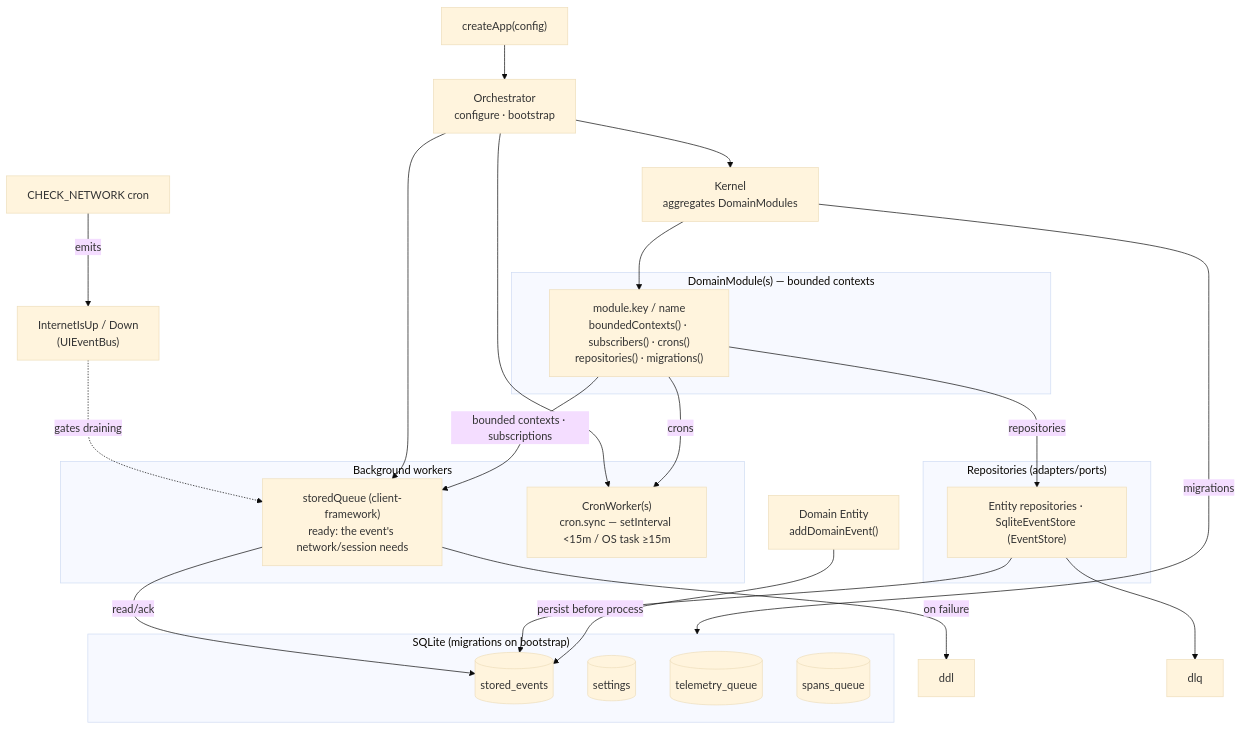
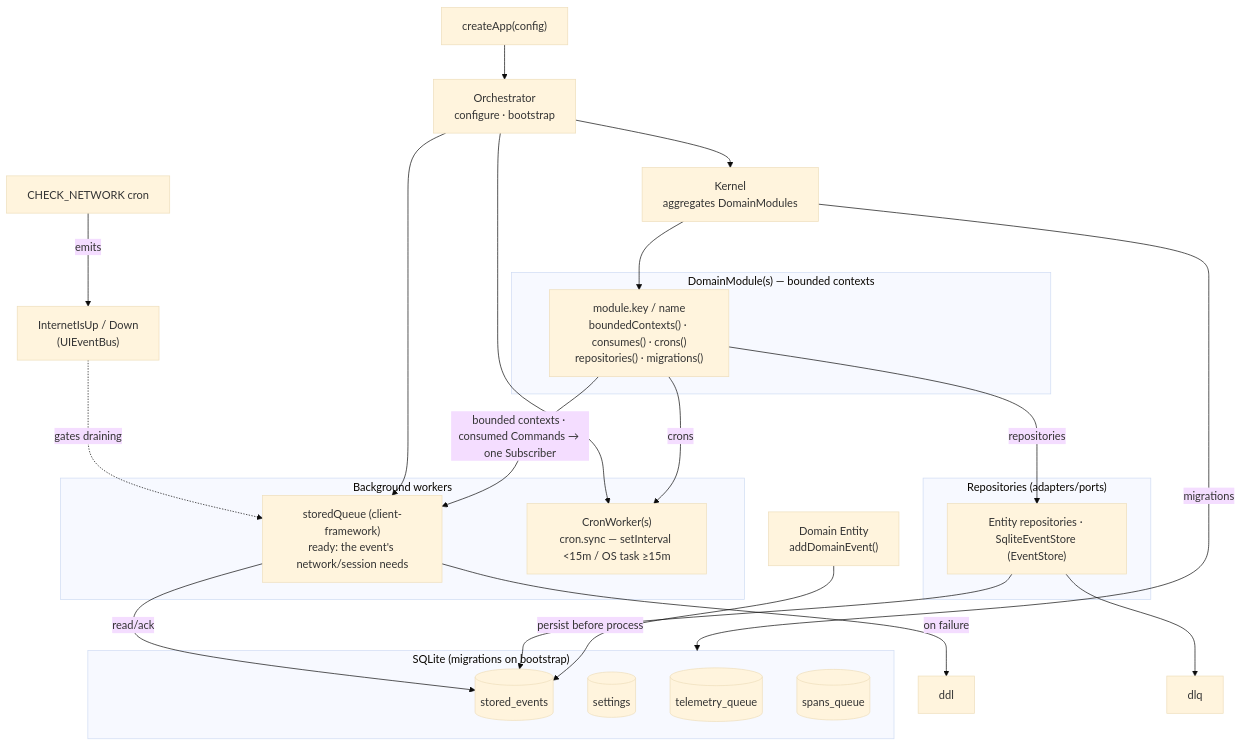
Before and after one commit to Sincpro-SRL/sincpro_mobile: the first of 2 diagrams in README.md, drawn with Mermaid (base theme). The commit also changed other lines of this file and 38 other files, not shown here.

````diff
--- a/README.md
+++ b/README.md
@@ -157,42 +156,42 @@
 ```mermaid
 flowchart TB
     createApp["createApp(config)"] --> orch["Orchestrator<br/>configure · bootstrap"]
     orch --> kernel["Kernel<br/>aggregates DomainModules"]
 
     subgraph MODULES["DomainModule(s) — bounded contexts"]
-        mod["module.key / name<br/>boundedContexts() · subscribers() · crons()<br/>repositories() · migrations()"]
+        mod["module.key / name<br/>boundedContexts() · consumes() · crons()<br/>repositories() · migrations()"]
     end
     kernel --> mod
 
     subgraph WORKERS["Background workers"]
         qp["storedQueue (client-framework)<br/>ready: the event's network/session needs"]
         crons["CronWorker(s)<br/>cron.sync — setInterval &lt;15m / OS task ≥15m"]
     end
 
     subgraph STORE["SQLite (migrations on bootstrap)"]
         de[("stored_events")]
         settings[("settings")]
         tq[("telemetry_queue")]
         sq[("spans_queue")]
     end
 
     subgraph REPOS["Repositories (adapters/ports)"]
         repo["Entity repositories · SqliteEventStore (EventStore)"]
     end
 
     netcron["CHECK_NETWORK cron"] -->|emits| netev["InternetIsUp / Down<br/>(UIEventBus)"]
     netev -.->|gates draining| qp
 
     orch --> qp
     orch --> crons
     kernel -->|migrations| STORE
-    mod -->|bounded contexts · subscriptions| qp
+    mod -->|bounded contexts · consumed Commands → one Subscriber| qp
     mod -->|crons| crons
     mod -->|repositories| repo
 
     qp -->|read/ack| de
     qp -->|on failure| ddl
     repo --> de
     repo --> dlq
     entity["Domain Entity<br/>addDomainEvent()"] -->|persist before process| de
 ```
````
